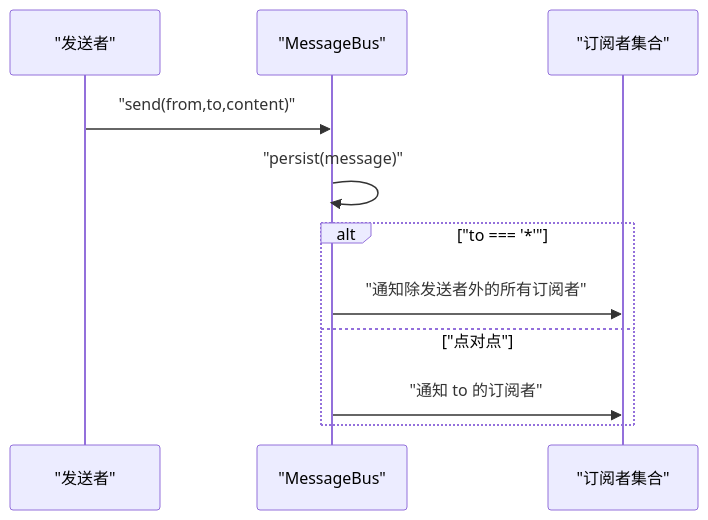
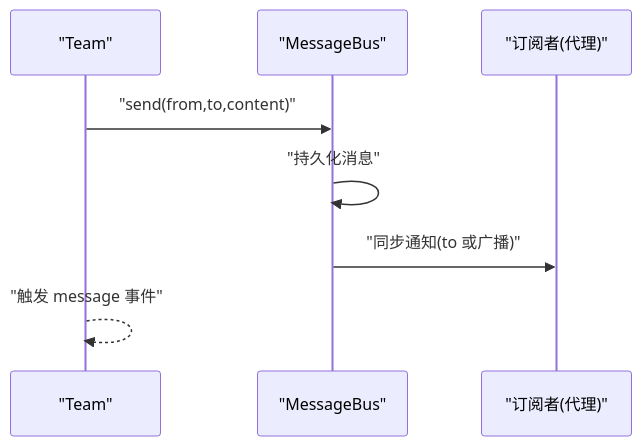
The third of 6 diagrams in .qoder/repowiki/zh/content/API 参考/团队 API.md (haolange/open-multi-agent), drawn with Mermaid before and after one commit. The commit also changed other lines of this file and 100 other files, not shown here.

````diff
--- a/.qoder/repowiki/zh/content/API 参考/团队 API.md
+++ b/.qoder/repowiki/zh/content/API 参考/团队 API.md
@@ -202,13 +222,10 @@
 ```mermaid
 sequenceDiagram
-participant Sender as "发送者"
-participant Bus as "MessageBus"
-participant Subs as "订阅者集合"
-Sender->>Bus : "send(from,to,content)"
-Bus->>Bus : "persist(message)"
-alt "to === '*'"
-Bus->>Subs : "通知除发送者外的所有订阅者"
-else "点对点"
-Bus->>Subs : "通知 to 的订阅者"
-end
+participant T as "Team"
+participant MB as "MessageBus"
+participant S as "订阅者(代理)"
+T->>MB : "send(from,to,content)"
+MB->>MB : "持久化消息"
+MB->>S : "同步通知(to 或广播)"
+T-->>T : "触发 message 事件"
 ```
````
